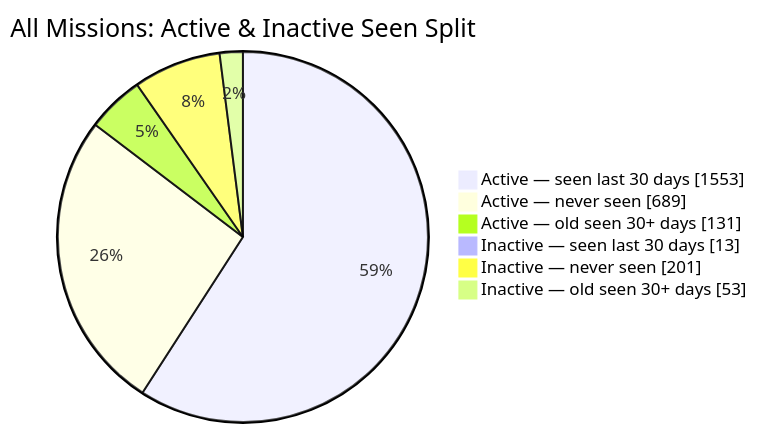
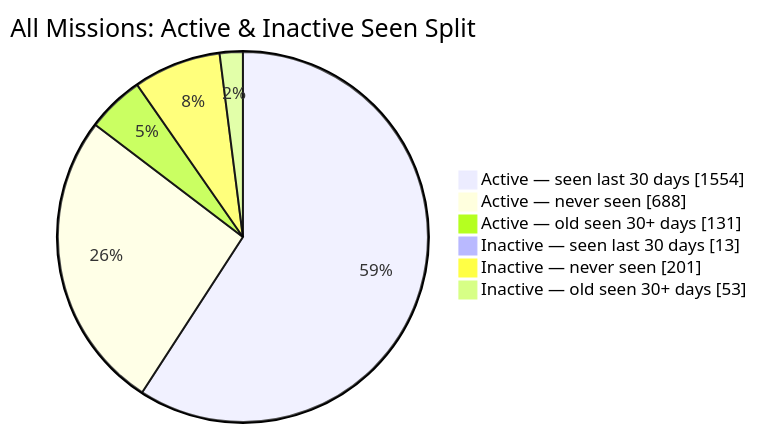
The second of 2 diagrams in README.md (MeldkamerspelGameTeam/active-missions), drawn with Mermaid before and after one commit. The commit also changed other lines of this file and 3 other files, not shown here.

````diff
--- a/README.md
+++ b/README.md
@@ -44,10 +44,10 @@
 ```mermaid
 pie showData
     title All Missions: Active & Inactive Seen Split
-    "Active — seen last 30 days" : 1553
-    "Active — never seen" : 689
+    "Active — seen last 30 days" : 1554
+    "Active — never seen" : 688
     "Active — old seen 30+ days" : 131
     "Inactive — seen last 30 days" : 13
     "Inactive — never seen" : 201
     "Inactive — old seen 30+ days" : 53
 ```
````
